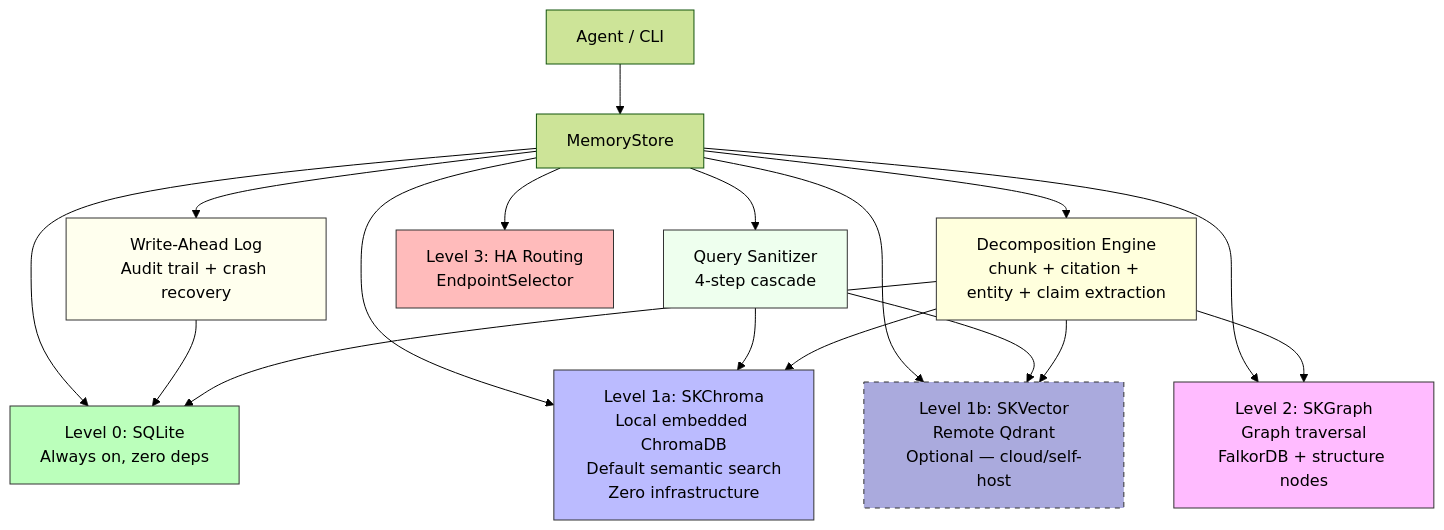
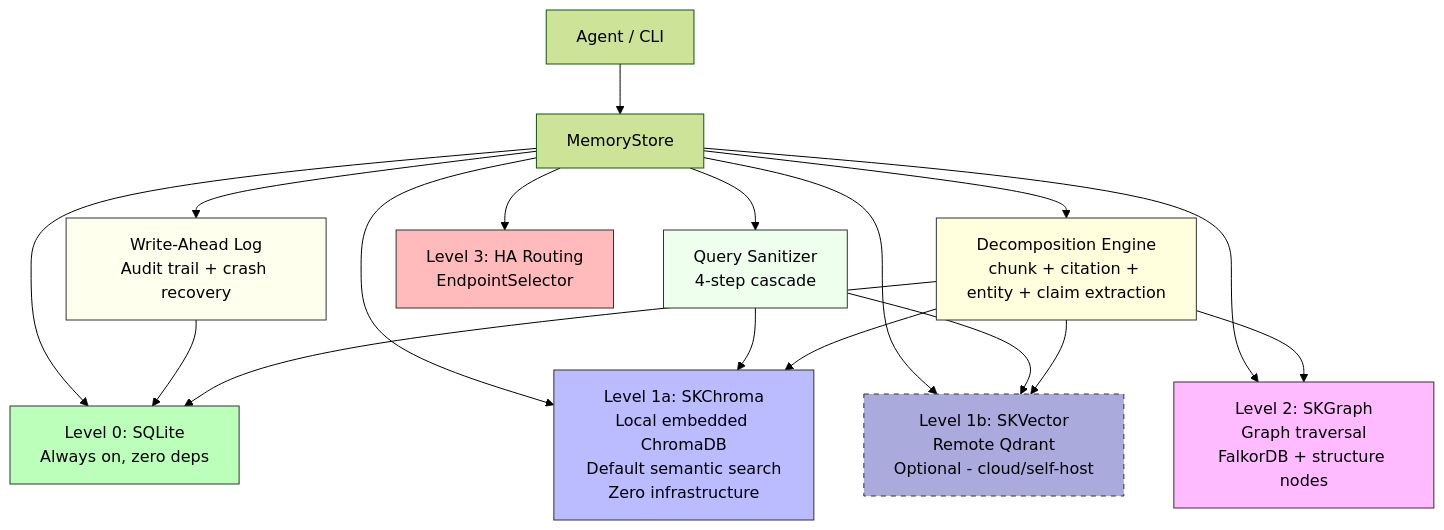
Before and after one commit to smilinTux/skmemory: the first of 14 diagrams in docs/ARCHITECTURE.md, drawn with Mermaid (forest theme). The commit also changed other lines of this file and 14 other files, not shown here.

````diff
--- a/docs/ARCHITECTURE.md
+++ b/docs/ARCHITECTURE.md
@@ -45,27 +60,27 @@
 ```mermaid
 graph TB
     Agent["Agent / CLI"] --> MS["MemoryStore"]
     MS --> WAL["Write-Ahead Log\nAudit trail + crash recovery"]
     MS --> QS["Query Sanitizer\n4-step cascade"]
     MS --> D["Decomposition Engine\nchunk + citation + entity + claim extraction"]
     MS --> L0["Level 0: SQLite\nAlways on, zero deps"]
     MS --> L1a["Level 1a: SKChroma\nLocal embedded ChromaDB\nDefault semantic search\nZero infrastructure"]
-    MS --> L1b["Level 1b: SKVector\nRemote Qdrant\nOptional — cloud/self-host"]
+    MS --> L1b["Level 1b: SKVector\nRemote Qdrant\nOptional - cloud/self-host"]
     MS --> L2["Level 2: SKGraph\nGraph traversal\nFalkorDB + structure nodes"]
     MS --> L3["Level 3: HA Routing\nEndpointSelector"]
     WAL --> L0
     QS --> L1a
     QS --> L1b
     D --> L0
     D --> L1a
     D --> L1b
     D --> L2
     style L0 fill:#bfb,stroke:#333
     style L1a fill:#bbf,stroke:#333
     style L1b fill:#aad,stroke:#333,stroke-dasharray:5
     style L2 fill:#fbf,stroke:#333
     style L3 fill:#fbb,stroke:#333
     style D fill:#ffd,stroke:#333
     style WAL fill:#ffe,stroke:#333
     style QS fill:#efe,stroke:#333
 ```
````
